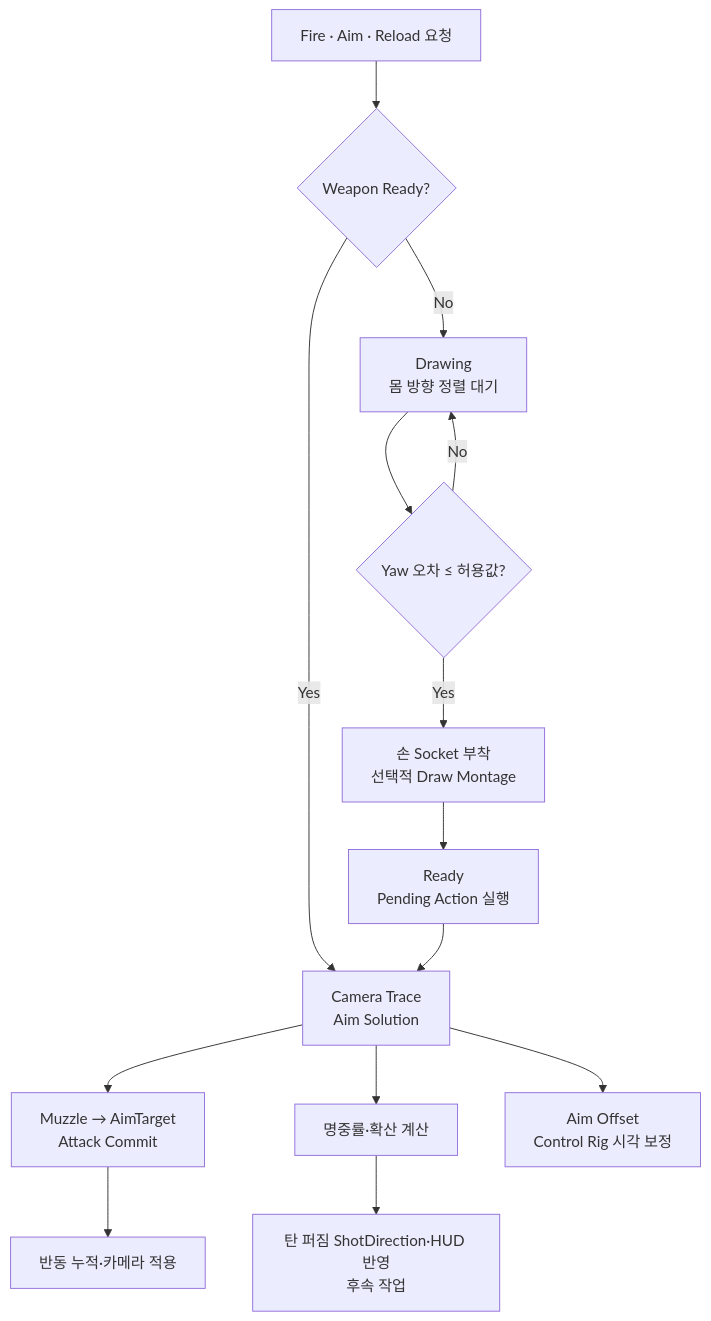
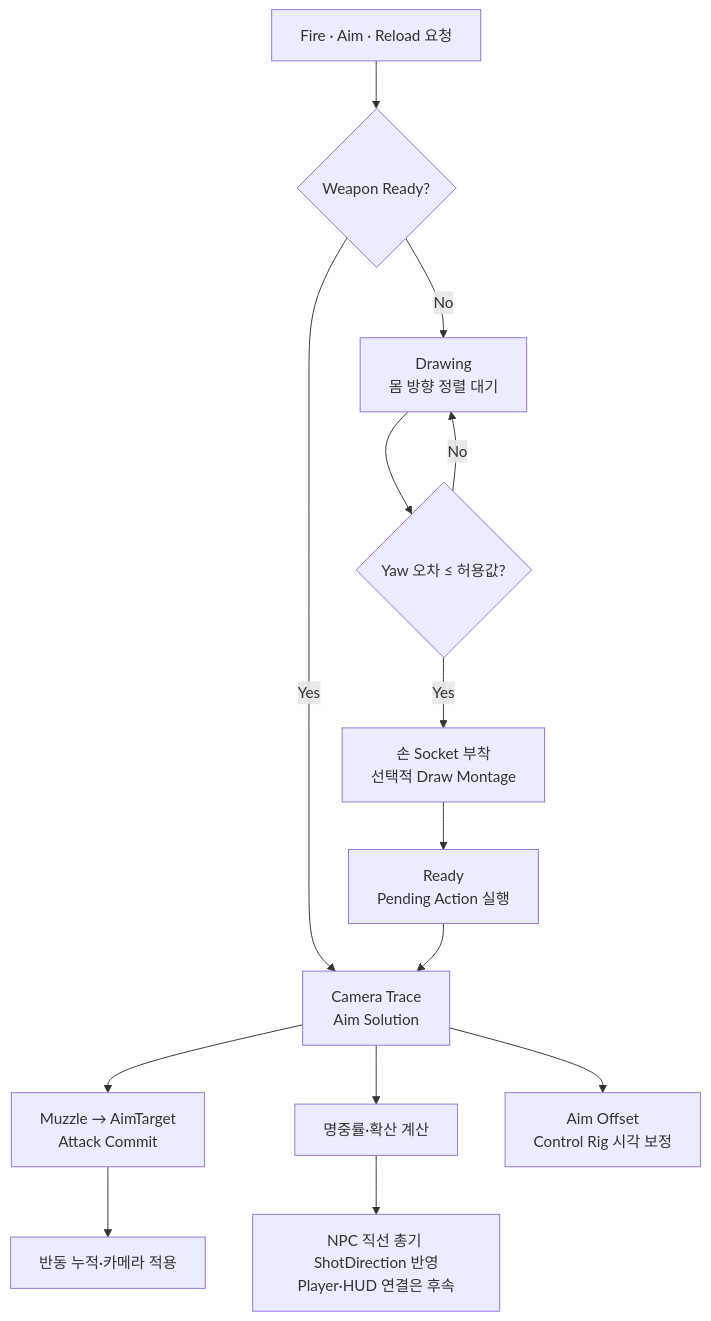
One commit to liang2papa/Astra_Docs changed the first of 5 diagrams in Wiki/03_시스템 설계/무기 조준·반동·명중률.md. Above: the diagram before and after it, drawn with Mermaid. The commit also changed other lines of this file and 49 other files, not shown here.

````diff
--- a/Wiki/03_시스템 설계/무기 조준·반동·명중률.md
+++ b/Wiki/03_시스템 설계/무기 조준·반동·명중률.md
@@ -5,16 +7,16 @@
 ```mermaid
 flowchart TD
     Input["Fire · Aim · Reload 요청"] --> Ready{"Weapon Ready?"}
     Ready -->|No| Drawing["Drawing<br/>몸 방향 정렬 대기"]
     Drawing --> Aligned{"Yaw 오차 ≤ 허용값?"}
     Aligned -->|No| Drawing
     Aligned -->|Yes| Attach["손 Socket 부착<br/>선택적 Draw Montage"]
     Attach --> Pending["Ready<br/>Pending Action 실행"]
     Ready -->|Yes| AimSolution["Camera Trace<br/>Aim Solution"]
     Pending --> AimSolution
     AimSolution --> Commit["Muzzle → AimTarget<br/>Attack Commit"]
     Commit --> Recoil["반동 누적·카메라 적용"]
     AimSolution --> Accuracy["명중률·확산 계산"]
-    Accuracy --> Spread["탄 퍼짐 ShotDirection·HUD 반영<br/>후속 작업"]
+    Accuracy --> Spread["NPC 직선 총기 ShotDirection 반영<br/>Player·HUD 연결은 후속"]
     AimSolution --> Visual["Aim Offset<br/>Control Rig 시각 보정"]
 ```
````
